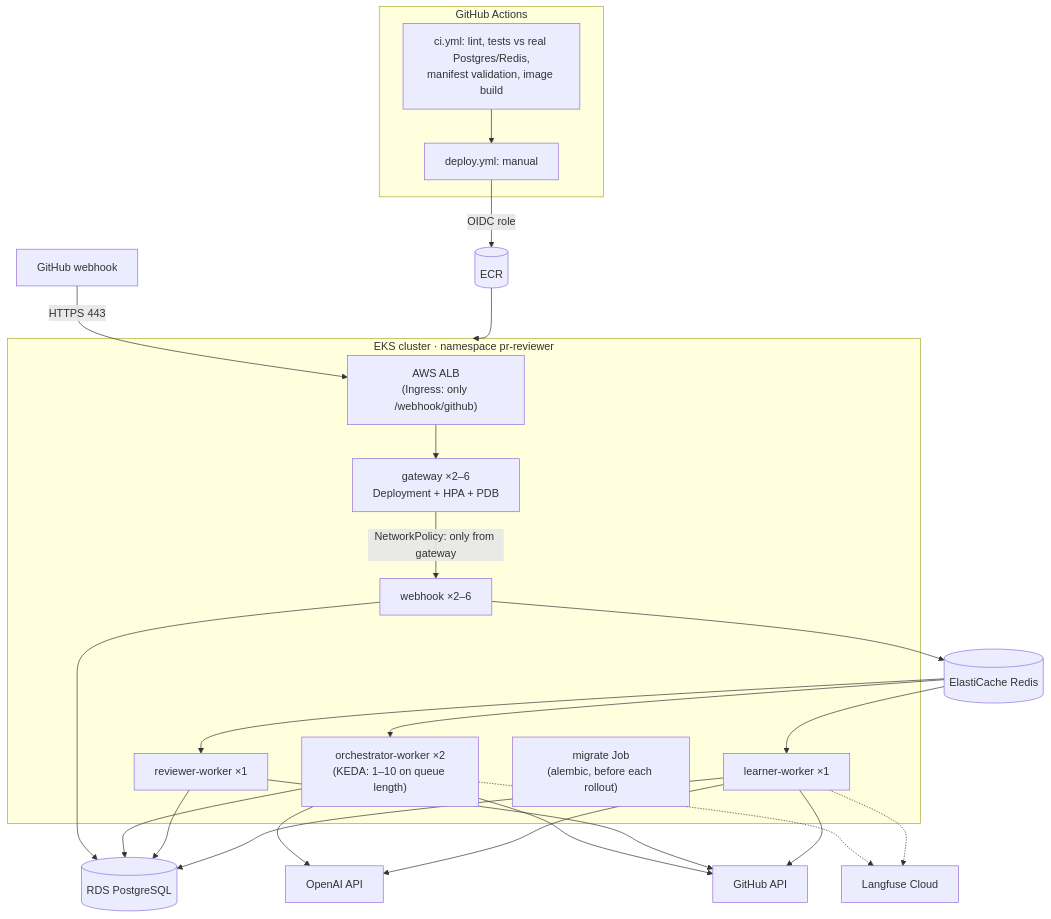
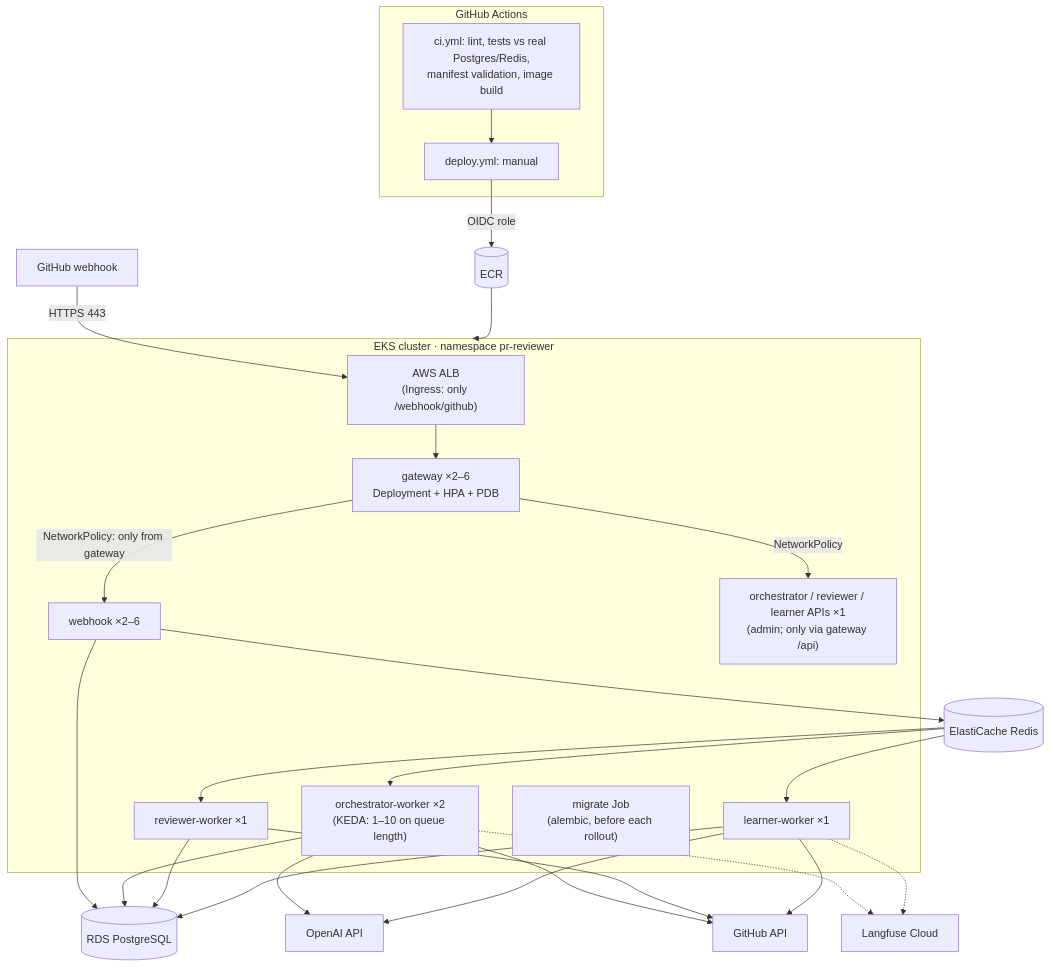
Before and after one commit to priyambansal13/PR-reviewer: the diagram in docs/DEPLOYMENT.md, drawn with Mermaid. The commit also changed other lines of this file and 25 other files, not shown here.

First line of the commit message:
Five FastAPI services: orchestrator, reviewer and learner APIs

````diff
--- a/docs/DEPLOYMENT.md
+++ b/docs/DEPLOYMENT.md
@@ -9,23 +9,25 @@
 ```mermaid
 flowchart TD
     GH[GitHub webhook] -->|HTTPS 443| ALB["AWS ALB<br/>(Ingress: only /webhook/github)"]
     subgraph EKS["EKS cluster · namespace pr-reviewer"]
         ALB --> GW["gateway ×2–6<br/>Deployment + HPA + PDB"]
         GW -->|NetworkPolicy: only from gateway| WH["webhook ×2–6"]
+        APIS["orchestrator / reviewer / learner APIs ×1<br/>(admin; only via gateway /api)"]
+        GW -->|NetworkPolicy| APIS
         OW["orchestrator-worker ×2<br/>(KEDA: 1–10 on queue length)"]
         RW["reviewer-worker ×1"]
         LW["learner-worker ×1"]
         MJ["migrate Job<br/>(alembic, before each rollout)"]
     end
     WH --> RDS[(RDS PostgreSQL)]
     WH --> EC[(ElastiCache Redis)]
     EC --> OW & RW & LW
     OW & RW & LW --> RDS
     OW & LW --> OAI[OpenAI API]
     OW & RW & LW --> GHAPI[GitHub API]
     OW & LW -.-> LF[Langfuse Cloud]
     subgraph CI["GitHub Actions"]
         T[ci.yml: lint, tests vs real Postgres/Redis,<br/>manifest validation, image build] --> D[deploy.yml: manual]
     end
     D -->|OIDC role| ECR[(ECR)] --> EKS
 ```
````
